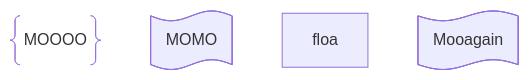
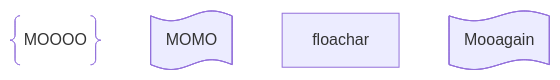
One commit to gerbssusd/dok changed the diagram in slides.md. Above: the diagram before and after it, drawn with Mermaid.

````diff
--- a/slides.md
+++ b/slides.md
@@ -217,9 +217,9 @@
 ```mermaid
 flowchart TD
     A@{ shape: braces, label: "MOOOO" }
     B@{ shape: flag, label: "MOMO"}
-floa
+floachar
     C@{ shape: flag, label: "Mooagain"}
 
 
 ```
````
